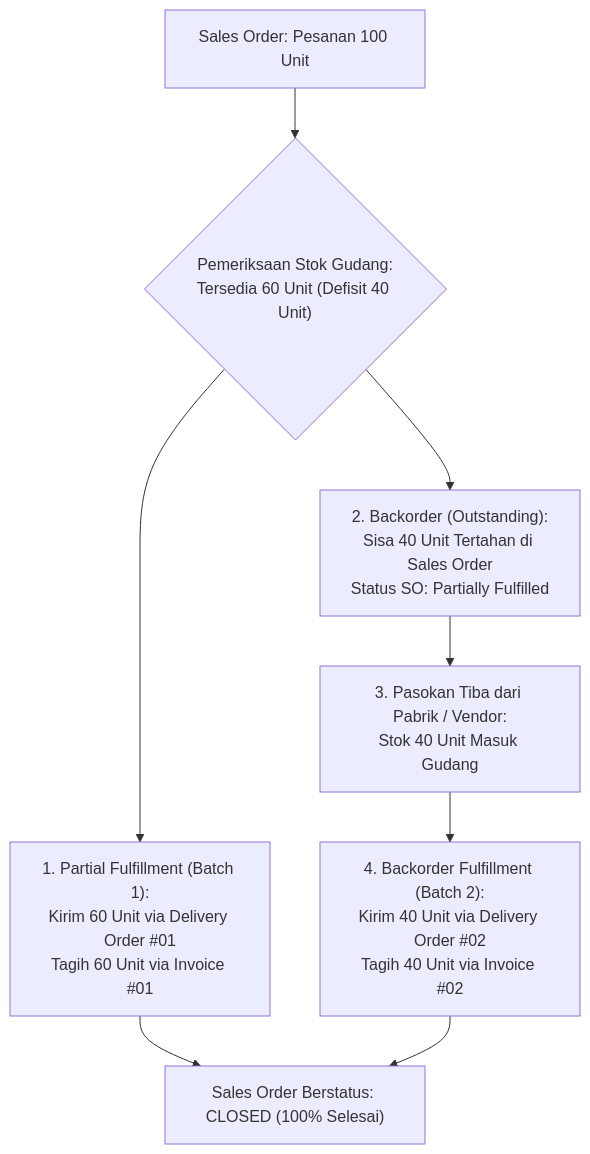
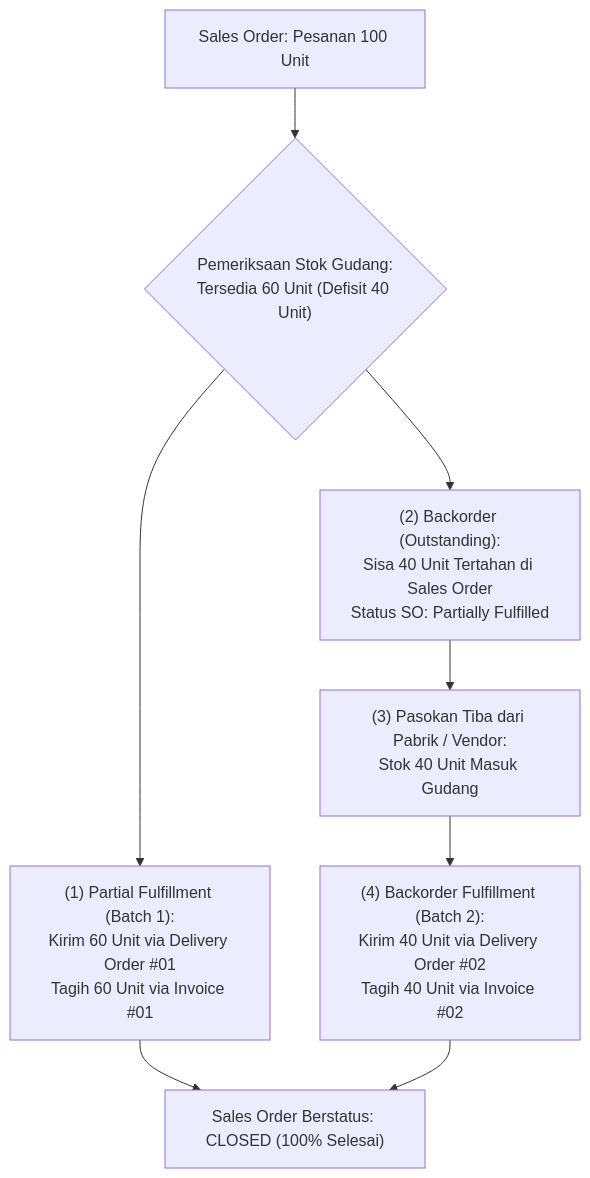
Before and after one commit to alimurrofid/erp-notes: the diagram in content/03-sales/backorder-and-partial-fulfillment.md, drawn with Mermaid. The commit also changed 132 other files, not shown here.

````diff
--- a/content/03-sales/backorder-and-partial-fulfillment.md
+++ b/content/03-sales/backorder-and-partial-fulfillment.md
@@ -37,14 +37,14 @@
 ```mermaid
 flowchart TD
     SO["Sales Order: Pesanan 100 Unit"]
     --> Check{"Pemeriksaan Stok Gudang:<br/>Tersedia 60 Unit (Defisit 40 Unit)"}
     
-    Check --> Part["1. Partial Fulfillment (Batch 1):<br/>Kirim 60 Unit via Delivery Order #01<br/>Tagih 60 Unit via Invoice #01"]
-    Check --> BO["2. Backorder (Outstanding):<br/>Sisa 40 Unit Tertahan di Sales Order<br/>Status SO: Partially Fulfilled"]
+    Check --> Part["(1) Partial Fulfillment (Batch 1):<br/>Kirim 60 Unit via Delivery Order #01<br/>Tagih 60 Unit via Invoice #01"]
+    Check --> BO["(2) Backorder (Outstanding):<br/>Sisa 40 Unit Tertahan di Sales Order<br/>Status SO: Partially Fulfilled"]
     
-    BO --> Repl["3. Pasokan Tiba dari Pabrik / Vendor:<br/>Stok 40 Unit Masuk Gudang"]
-    Repl --> Part2["4. Backorder Fulfillment (Batch 2):<br/>Kirim 40 Unit via Delivery Order #02<br/>Tagih 40 Unit via Invoice #02"]
+    BO --> Repl["(3) Pasokan Tiba dari Pabrik / Vendor:<br/>Stok 40 Unit Masuk Gudang"]
+    Repl --> Part2["(4) Backorder Fulfillment (Batch 2):<br/>Kirim 40 Unit via Delivery Order #02<br/>Tagih 40 Unit via Invoice #02"]
     
     Part --> Close["Sales Order Berstatus: CLOSED (100% Selesai)"]
     Part2 --> Close
 ```
````
